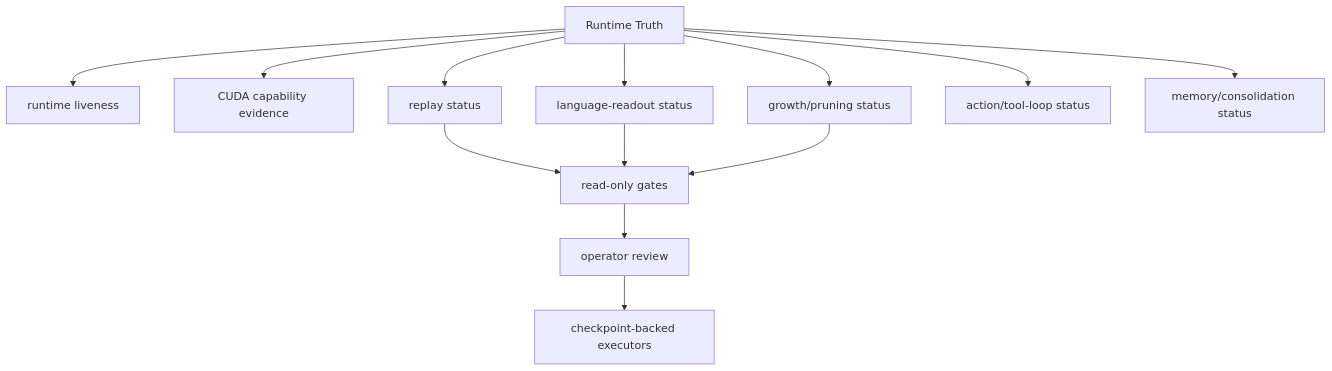
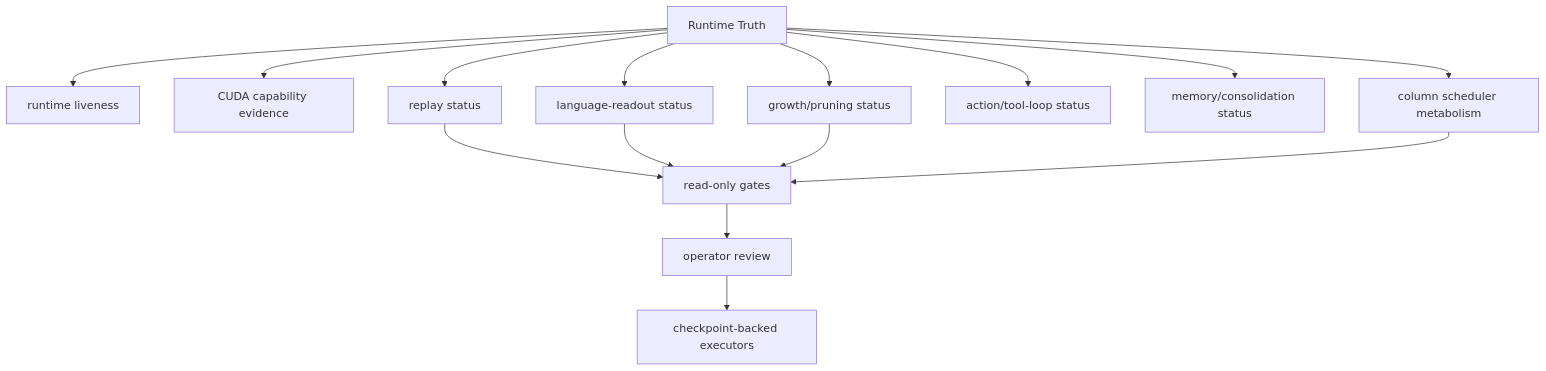
Before and after one commit to Tuafo/MARULHO: the diagram in docs/vault/maps/runtime-truth-surface-map.md, drawn with Mermaid. The commit also changed other lines of this file and 19 other files, not shown here.

````diff
--- a/docs/vault/maps/runtime-truth-surface-map.md
+++ b/docs/vault/maps/runtime-truth-surface-map.md
@@ -14,15 +14,17 @@
 ```mermaid
 flowchart TD
     RuntimeTruth[Runtime Truth] --> Liveness[runtime liveness]
     RuntimeTruth --> CUDA[CUDA capability evidence]
     RuntimeTruth --> Replay[replay status]
     RuntimeTruth --> Readout[language-readout status]
     RuntimeTruth --> Growth[growth/pruning status]
     RuntimeTruth --> Action[action/tool-loop status]
     RuntimeTruth --> Memory[memory/consolidation status]
+    RuntimeTruth --> ColumnScheduler[column scheduler metabolism]
     Replay --> Gates[read-only gates]
     Readout --> Gates
     Growth --> Gates
+    ColumnScheduler --> Gates
     Gates --> Operators[operator review]
     Operators --> Executors[checkpoint-backed executors]
 ```
````
